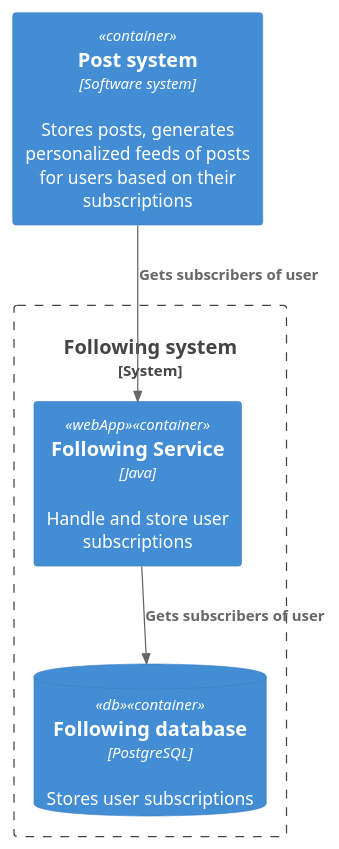
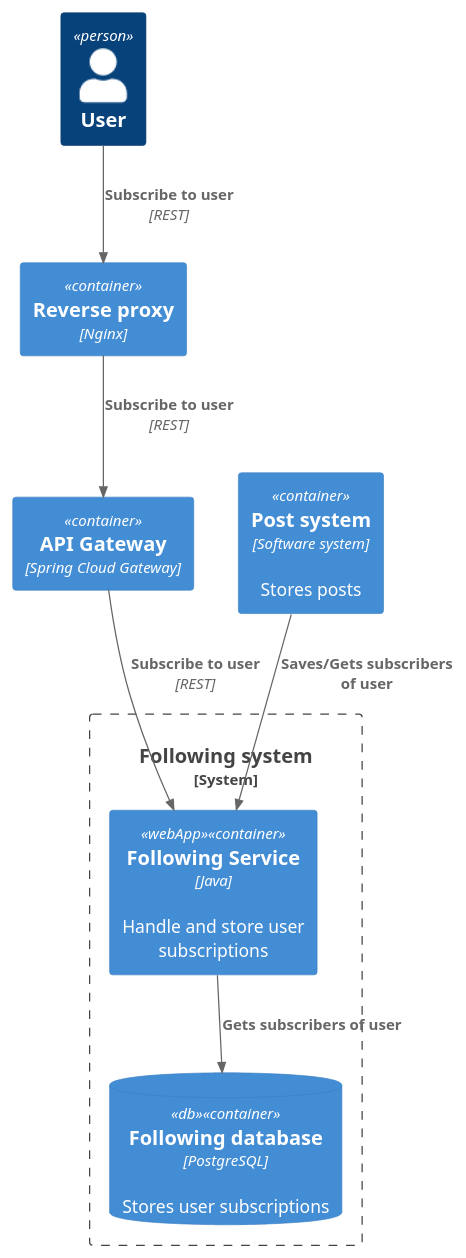
Before and after one commit to dmitry-bughunter/social_network_system_design: the diagram in architecture/following_system/container.puml, drawn with PlantUML. The commit also changed 16 other files, not shown here.

```diff
--- a/architecture/following_system/container.puml
+++ b/architecture/following_system/container.puml
@@ -1,13 +1,20 @@
 @startuml
 !include https://raw.githubusercontent.com/plantuml-stdlib/C4-PlantUML/master/C4_Container.puml
+
+Person(user, "User")
+Container(reverseProxy, "Reverse proxy", "Nginx")
+Container(apiGateway, "API Gateway", "Spring Cloud Gateway")
 
 System_Boundary(followingSystem, "Following system") {
 Container(followingService, "Following Service", "Java", "Handle and store user subscriptions", $tags="webApp")
 ContainerDb(followingDatabase, "Following database", "PostgreSQL", "Stores user subscriptions",  $tags="db")
 }
-Container(postSystem, "Post system", "Software system", "Stores posts, generates personalized feeds of posts for users based on their subscriptions")
+Container(postSystem, "Post system", "Software system", "Stores posts")
 
-Rel(postSystem, followingService, "Gets subscribers of user")
+Rel(user, reverseProxy, "Subscribe to user", "REST")
+Rel(reverseProxy, apiGateway, "Subscribe to user", "REST")
+Rel(apiGateway, followingService, "Subscribe to user", "REST")
+Rel(postSystem, followingService, "Saves/Gets subscribers of user")
 Rel(followingService, followingDatabase, "Gets subscribers of user")
 
 @enduml
```
